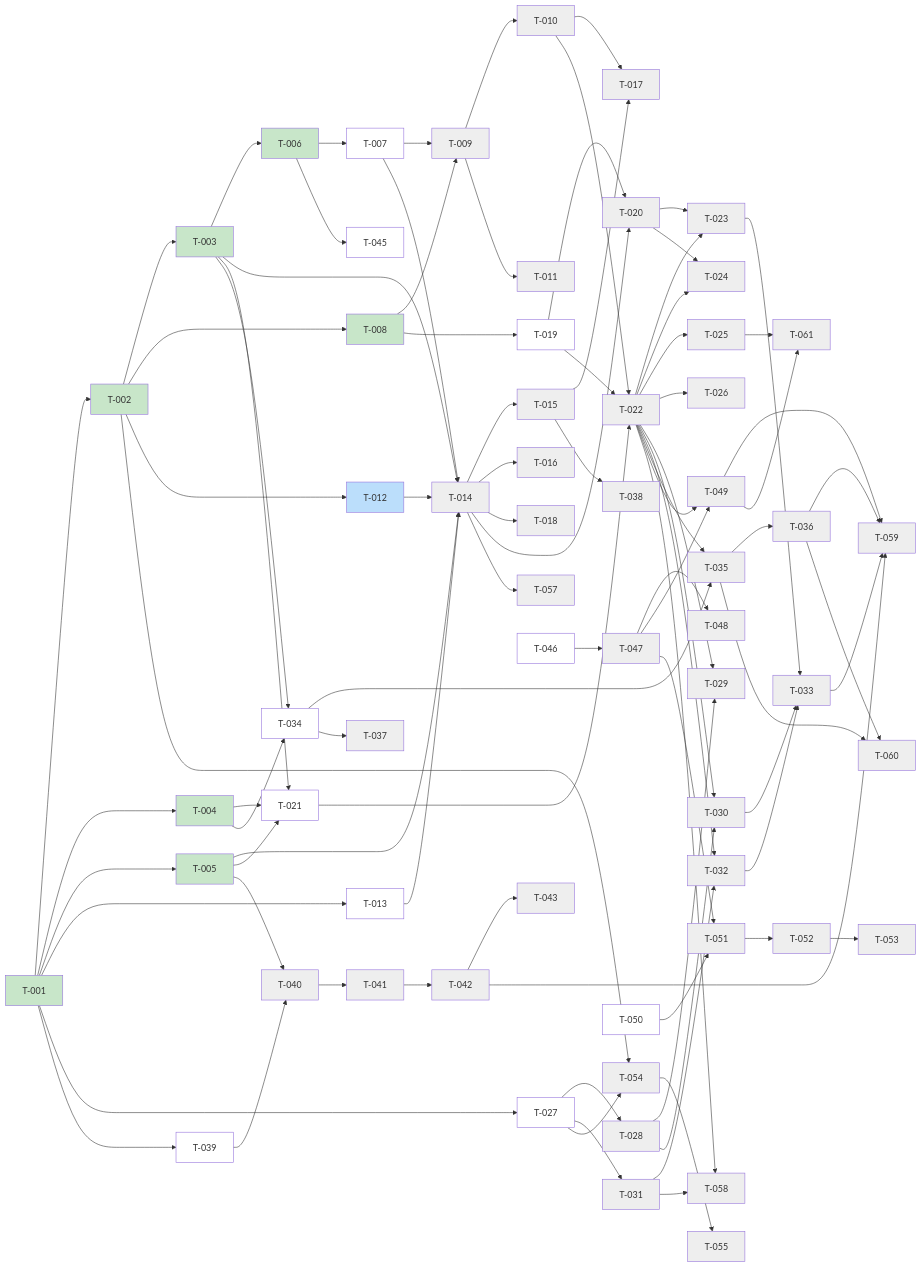
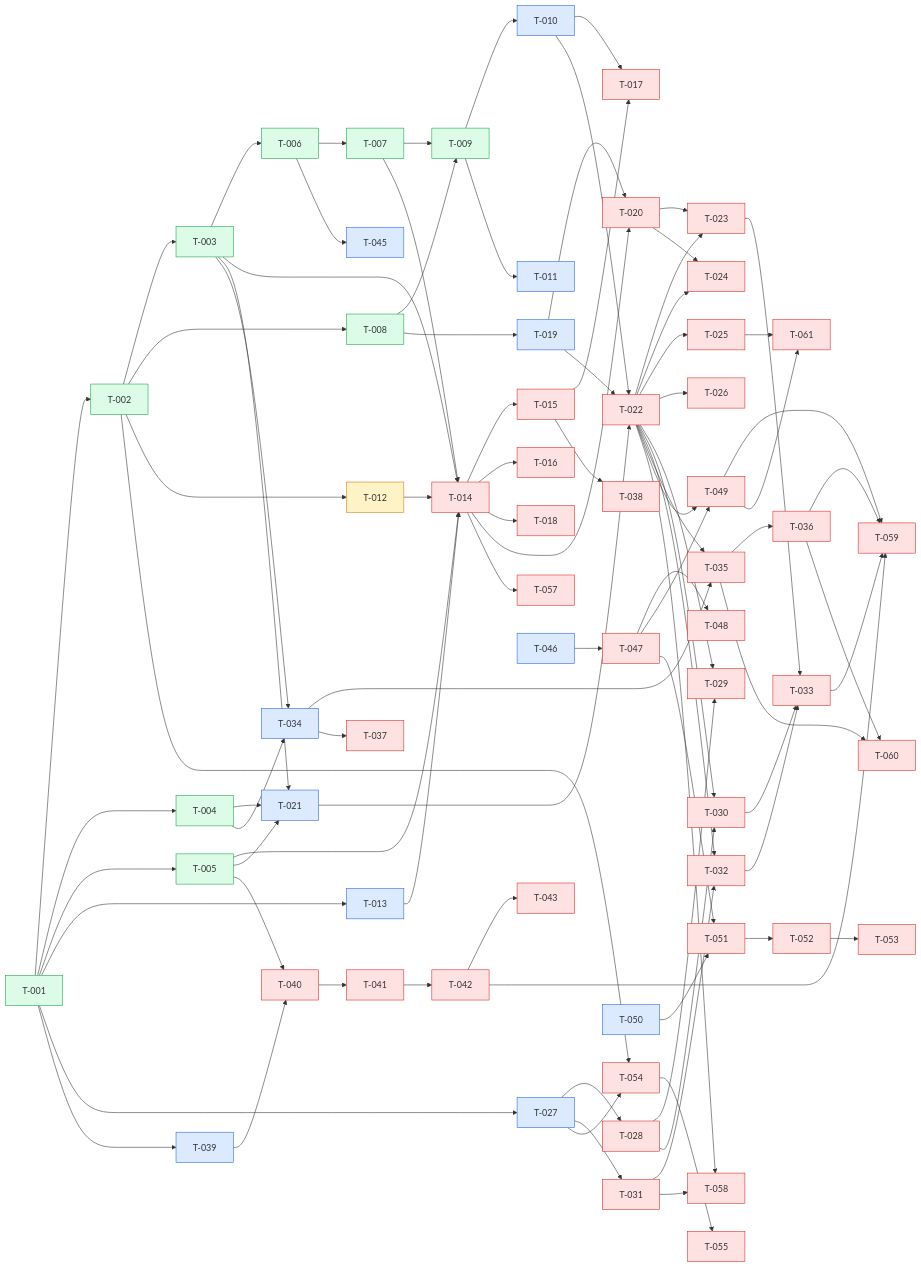
The diagram in kanban/BOARD.md (scholtz/biatec-chat), drawn with Mermaid before and after one commit. The commit also changed other lines of this file and 4 other files, not shown here.

````diff
--- a/kanban/BOARD.md
+++ b/kanban/BOARD.md
@@ -183,13 +183,71 @@
   T036[T-036] --> T060[T-060]
   T025[T-025] --> T061[T-061]
   T049[T-049] --> T061[T-061]
-  classDef done fill:#c8e6c9
-  classDef review fill:#fff9c4
-  classDef inprogress fill:#bbdefb
-  classDef backlog fill:#ffffff
-  classDef blocked fill:#eeeeee
-  class T001,T002,T003,T004,T005,T006,T008 done
-  class T012 inprogress
-  class T007,T013,T019,T021,T027,T039,T034,T044,T046,T050,T056,T045 backlog
-  class T009,T010,T014,T015,T020,T022,T023,T040,T041,T042,T011,T017,T024,T028,T029,T030,T031,T032,T033,T035,T036,T038,T047,T049,T055,T059,T016,T018,T025,T026,T037,T043,T048,T051,T052,T054,T053,T057,T058,T060,T061 blocked
+  classDef backlog fill:#dbeafe,stroke:#2563eb
+  classDef prog fill:#fef3c7,stroke:#d97706
+  classDef blocked fill:#fee2e2,stroke:#dc2626
+  classDef review fill:#ede9fe,stroke:#7c3aed
+  classDef done fill:#dcfce7,stroke:#16a34a
+  class T001 done
+  class T002 done
+  class T003 done
+  class T004 done
+  class T005 done
+  class T006 done
+  class T007 done
+  class T008 done
+  class T009 done
+  class T010 backlog
+  class T011 backlog
+  class T012 prog
+  class T013 backlog
+  class T014 blocked
+  class T015 blocked
+  class T016 blocked
+  class T017 blocked
+  class T018 blocked
+  class T019 backlog
+  class T020 blocked
+  class T021 backlog
+  class T022 blocked
+  class T023 blocked
+  class T024 blocked
+  class T025 blocked
+  class T026 blocked
+  class T027 backlog
+  class T028 blocked
+  class T029 blocked
+  class T030 blocked
+  class T031 blocked
+  class T032 blocked
+  class T033 blocked
+  class T034 backlog
+  class T035 blocked
+  class T036 blocked
+  class T037 blocked
+  class T038 blocked
+  class T039 backlog
+  class T040 blocked
+  class T041 blocked
+  class T042 blocked
+  class T043 blocked
+  class T044 backlog
+  class T045 backlog
+  class T046 backlog
+  class T047 blocked
+  class T048 blocked
+  class T049 blocked
+  class T050 backlog
+  class T051 blocked
+  class T052 blocked
+  class T053 blocked
+  class T054 blocked
+  class T055 blocked
+  class T056 backlog
+  class T057 blocked
+  class T058 blocked
+  class T059 blocked
+  class T060 blocked
+  class T061 blocked
+
 ```
````
